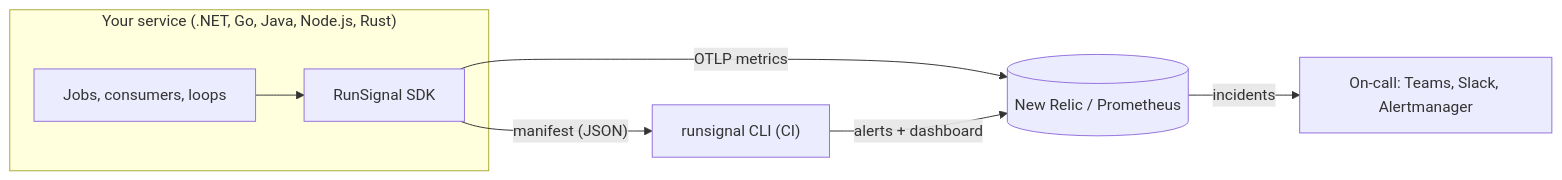
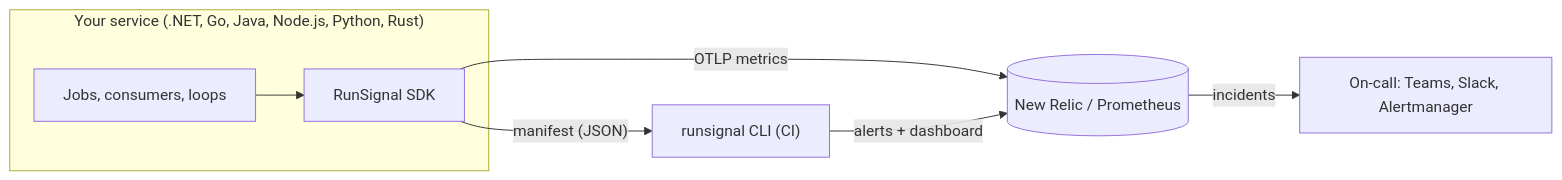
Before and after one commit to gokhanertogan/RunSignal: the diagram in README.md, drawn with Mermaid. The commit also changed other lines of this file and 12 other files, not shown here.

````diff
--- a/README.md
+++ b/README.md
@@ -51,10 +80,10 @@
 ```mermaid
 flowchart LR
-    subgraph app["Your service (.NET, Go, Java, Node.js, Rust)"]
+    subgraph app["Your service (.NET, Go, Java, Node.js, Python, Rust)"]
         jobs["Jobs, consumers, loops"] --> sdk["RunSignal SDK"]
     end
     sdk -- "OTLP metrics" --> backend[("New Relic / Prometheus")]
     sdk -- "manifest (JSON)" --> cli["runsignal CLI (CI)"]
     cli -- "alerts + dashboard" --> backend
     backend -- "incidents" --> people["On-call: Teams, Slack, Alertmanager"]
 ```
````
